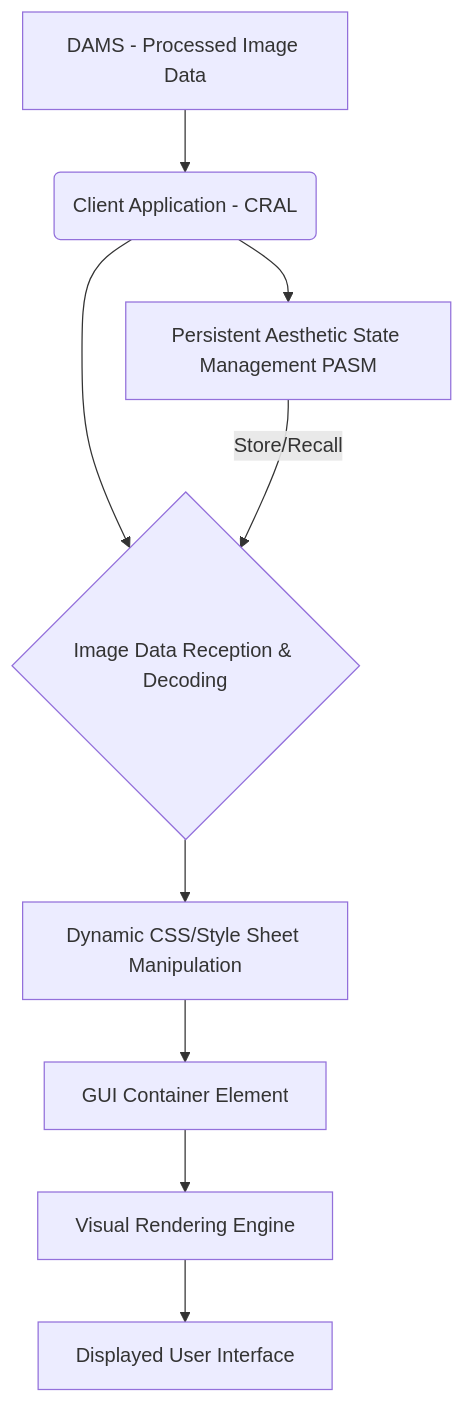
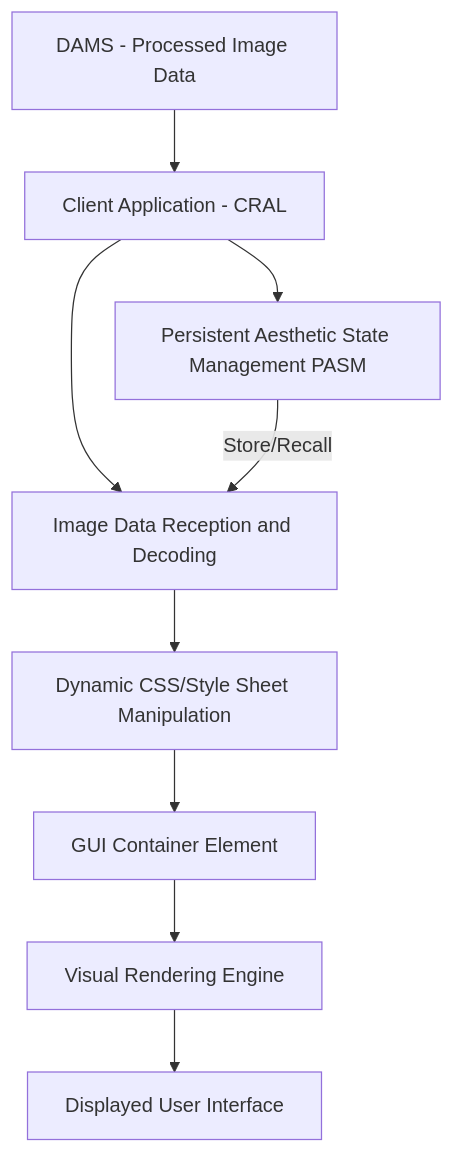
The second of 2 diagrams in inventions/001_generative_ui_background.md (diplomat-bit/Citibank_Demo_Business_Inc_Demonstration-), drawn with Mermaid before and after one commit. The commit also changed other lines of this file, not shown here.

````diff
--- a/inventions/001_generative_ui_background.md
+++ b/inventions/001_generative_ui_background.md
@@ -90,11 +106,11 @@
 ```mermaid
 graph TD
-    A[DAMS - Processed Image Data] --> B(Client Application - CRAL)
-    B --> C{Image Data Reception & Decoding}
+    A[DAMS - Processed Image Data] --> B[Client Application - CRAL]
+    B --> C[Image Data Reception and Decoding]
     C --> D[Dynamic CSS/Style Sheet Manipulation]
     D --> E[GUI Container Element]
     E --> F[Visual Rendering Engine]
     F --> G[Displayed User Interface]
     B --> H[Persistent Aesthetic State Management PASM]
     H -- Store/Recall --> C
 ```
````
